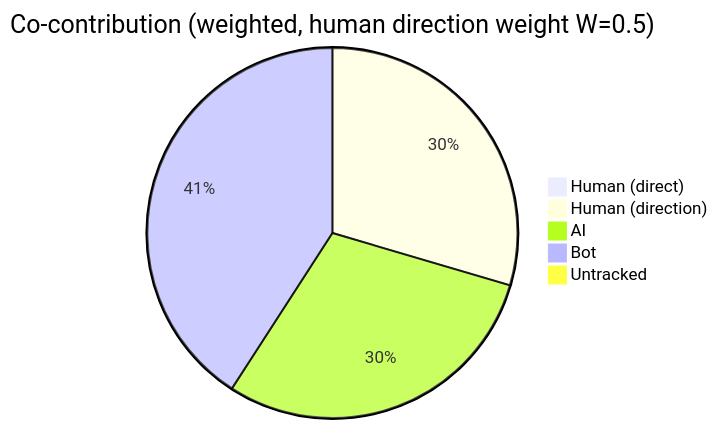
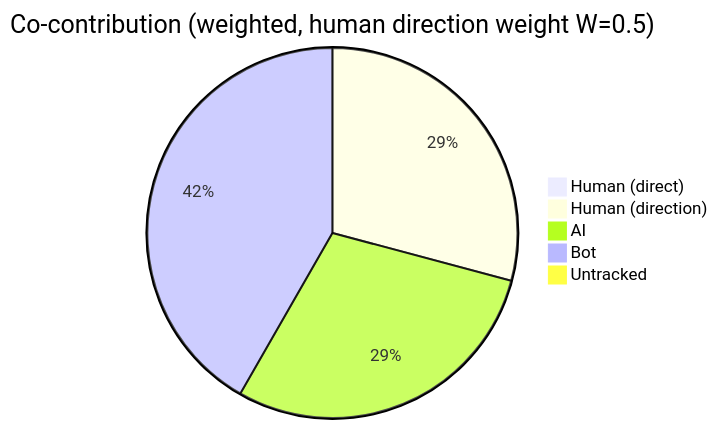
The first of 4 diagrams in AI-AUTHORSHIP.md (CaliMark/ai-authorship), drawn with Mermaid before and after one commit. The commit also changed other lines of this file and 1 other file, not shown here.

````diff
--- a/AI-AUTHORSHIP.md
+++ b/AI-AUTHORSHIP.md
@@ -23,8 +23,8 @@
 ```mermaid
 pie title Co-contribution (weighted, human direction weight W=0.5)
     "Human (direct)" : 0
     "Human (direction)" : 1446
-    "AI" : 1446
-    "Bot" : 1999
-    "Untracked" : 0
+    "AI" : 1445
+    "Bot" : 2069
+    "Untracked" : 9
 ```
````
